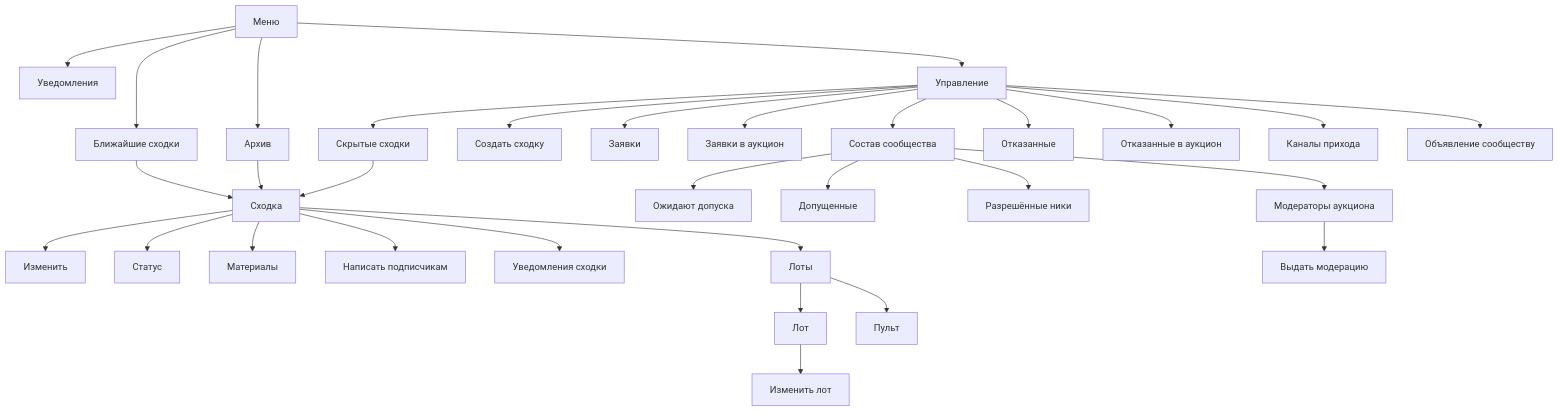
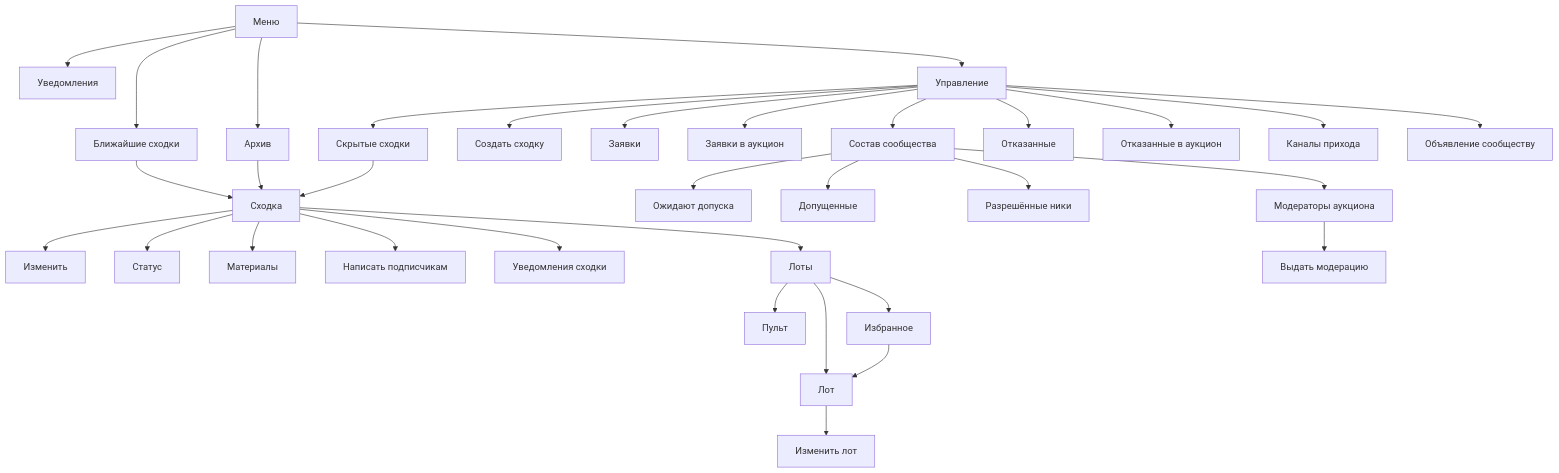
The first of 2 diagrams in docs/design/bot/design-code.md (Solguficky/solguficky-hub), drawn with Mermaid before and after one commit. The commit also changed other lines of this file and 57 other files, not shown here.

Commit message:
feat: Mark lots as favorites in both bots

````diff
--- a/docs/design/bot/design-code.md
+++ b/docs/design/bot/design-code.md
@@ -37,38 +37,40 @@
 ```mermaid
 flowchart TD
     menu[Меню]
     menu --> upcoming[Ближайшие сходки]
     menu --> archive[Архив]
     menu --> notify[Уведомления]
     menu --> manage[Управление]
 
     upcoming --> card[Сходка]
     archive --> card
     hidden --> card
 
     card --> edit[Изменить]
     card --> status[Статус]
     card --> materials[Материалы]
     card --> broadcast[Написать подписчикам]
     card --> notifyMeetup[Уведомления сходки]
     card --> lots[Лоты]
     lots --> lot[Лот]
     lot --> lotForm[Изменить лот]
     lots --> console[Пульт]
+    lots --> lotFavorites[Избранное]
+    lotFavorites --> lot
 
     manage --> create[Создать сходку]
     manage --> hidden[Скрытые сходки]
     manage --> applications[Заявки]
     manage --> auctionApplications[Заявки в аукцион]
     manage --> community[Состав сообщества]
     manage --> refused[Отказанные]
     manage --> auctionRefused[Отказанные в аукцион]
     manage --> channels[Каналы прихода]
     manage --> announce[Объявление сообществу]
 
     community --> pending[Ожидают допуска]
     community --> members[Допущенные]
     community --> nicks[Разрешённые ники]
     community --> moderators[Модераторы аукциона]
     moderators --> grant[Выдать модерацию]
 ```
````
